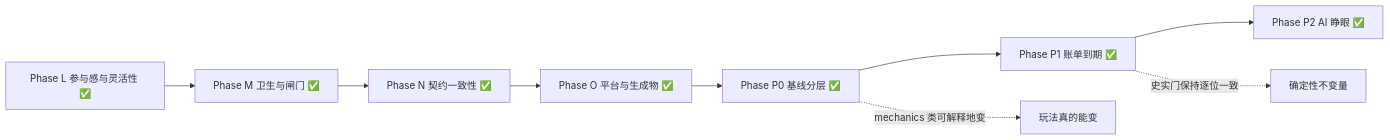
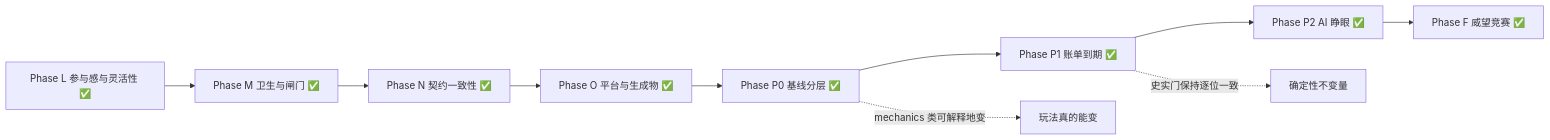
One commit to reney-0202/a-simple-world-map changed the diagram in docs/ROADMAP.md. Above: the diagram before and after it, drawn with Mermaid. The commit also changed other lines of this file and 19 other files, not shown here.

````diff
--- a/docs/ROADMAP.md
+++ b/docs/ROADMAP.md
@@ -522,11 +615,12 @@
 ```mermaid
 graph LR
   L[Phase L 参与感与灵活性 ✅] --> M[Phase M 卫生与闸门 ✅]
   M --> N[Phase N 契约一致性 ✅]
   N --> O[Phase O 平台与生成物 ✅]
   O --> P0[Phase P0 基线分层 ✅]
   P0 --> P1[Phase P1 账单到期 ✅]
   P1 --> P2[Phase P2 AI 睁眼 ✅]
+  P2 --> F[Phase F 威望竞赛 ✅]
   P1 -.->|史实门保持逐位一致| B1[确定性不变量]
   P0 -.->|mechanics 类可解释地变| B2[玩法真的能变]
 ```
````
